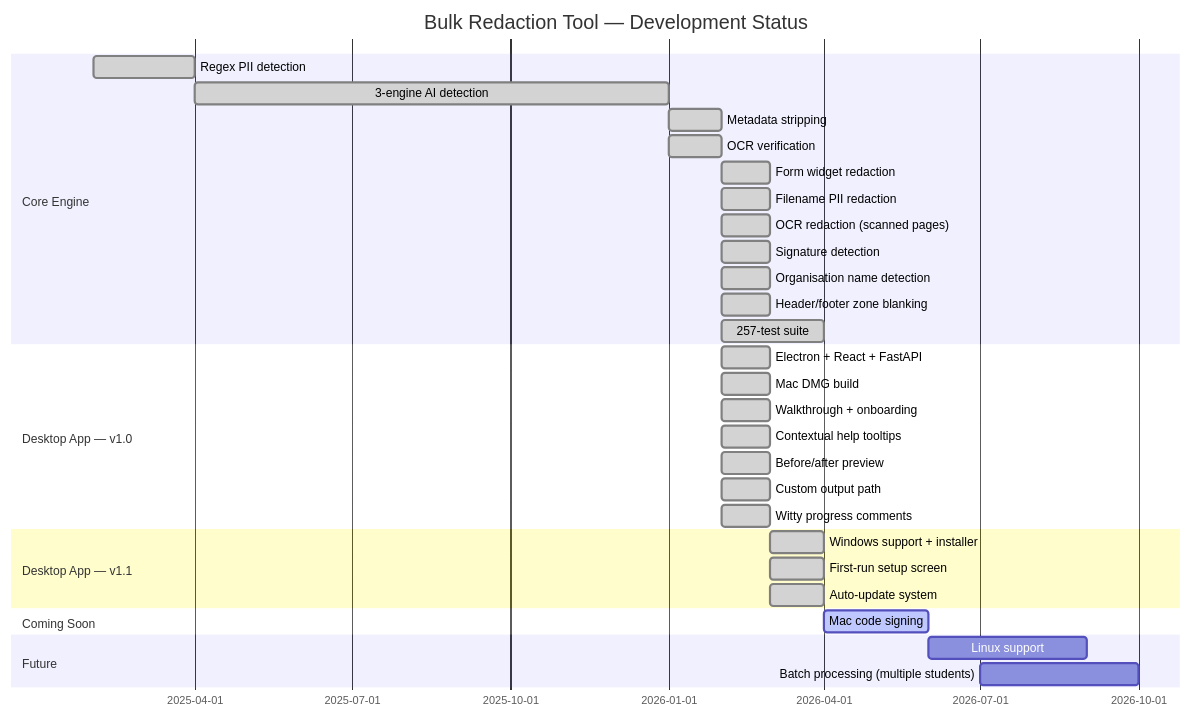
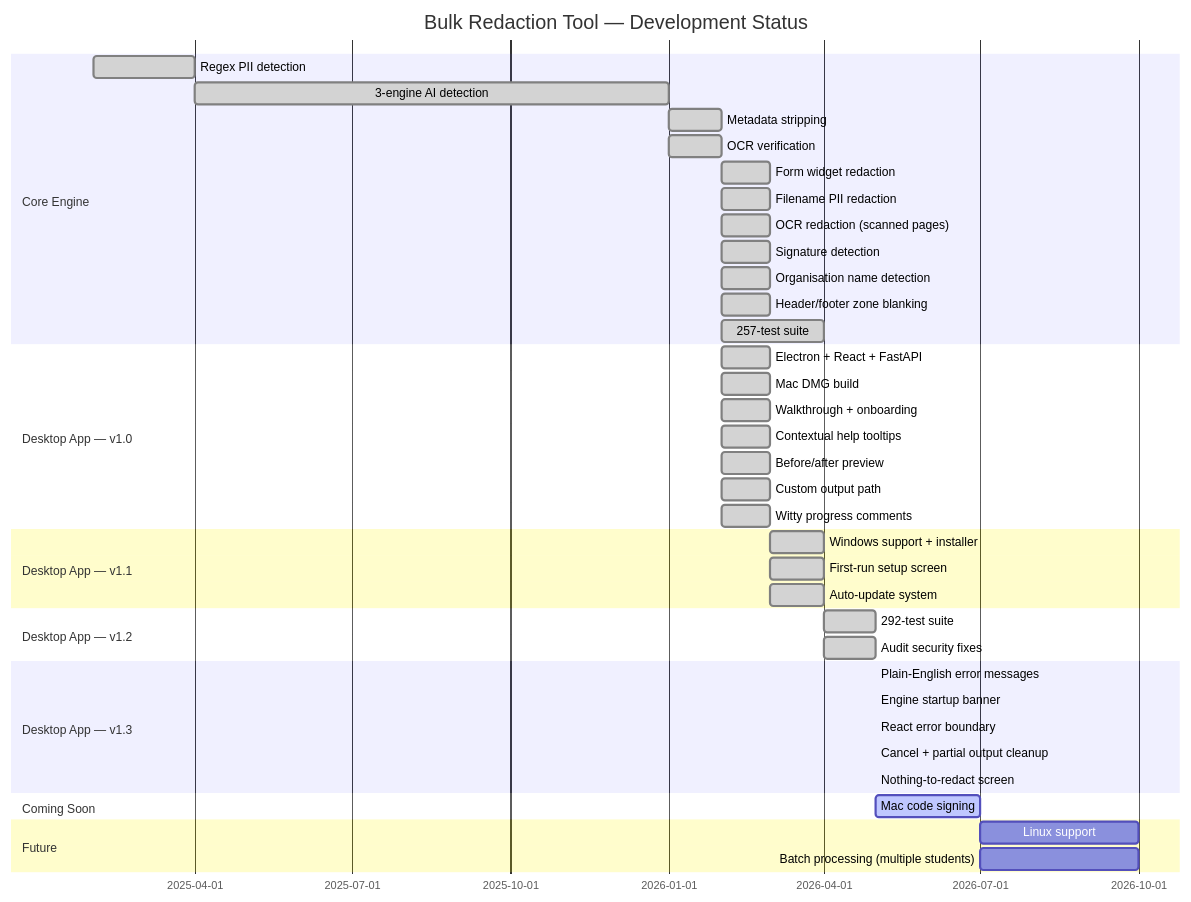
One commit to mrdavearms/student-doc-redactor changed the third of 3 diagrams in README.md. Above: the diagram before and after it, drawn with Mermaid. The commit also changed other lines of this file, not shown here.

Commit message:
docs: update README for v1.3.0 — What's New section + roadmap + features

````diff
--- a/README.md
+++ b/README.md
@@ -630,34 +647,43 @@
 ```mermaid
 gantt
     title Bulk Redaction Tool — Development Status
     dateFormat  YYYY-MM
     section Core Engine
     Regex PII detection           :done, 2025-02, 2025-04
     3-engine AI detection         :done, 2025-04, 2026-01
     Metadata stripping            :done, 2026-01, 2026-02
     OCR verification              :done, 2026-01, 2026-02
     Form widget redaction         :done, 2026-02, 2026-03
     Filename PII redaction        :done, 2026-02, 2026-03
     OCR redaction (scanned pages) :done, 2026-02, 2026-03
     Signature detection           :done, 2026-02, 2026-03
     Organisation name detection   :done, 2026-02, 2026-03
     Header/footer zone blanking   :done, 2026-02, 2026-03
     257-test suite                :done, 2026-02, 2026-04
     section Desktop App — v1.0
     Electron + React + FastAPI    :done, 2026-02, 2026-03
     Mac DMG build                 :done, 2026-02, 2026-03
     Walkthrough + onboarding      :done, 2026-02, 2026-03
     Contextual help tooltips      :done, 2026-02, 2026-03
     Before/after preview          :done, 2026-02, 2026-03
     Custom output path            :done, 2026-02, 2026-03
     Witty progress comments       :done, 2026-02, 2026-03
     section Desktop App — v1.1
     Windows support + installer   :done, 2026-03, 2026-04
     First-run setup screen        :done, 2026-03, 2026-04
     Auto-update system            :done, 2026-03, 2026-04
+    section Desktop App — v1.2
+    292-test suite                :done, 2026-04, 2026-05
+    Audit security fixes          :done, 2026-04, 2026-05
+    section Desktop App — v1.3
+    Plain-English error messages  :done, 2026-05, 2026-05
+    Engine startup banner         :done, 2026-05, 2026-05
+    React error boundary          :done, 2026-05, 2026-05
+    Cancel + partial output cleanup :done, 2026-05, 2026-05
+    Nothing-to-redact screen      :done, 2026-05, 2026-05
     section Coming Soon
-    Mac code signing              :active, 2026-04, 2026-06
+    Mac code signing              :active, 2026-05, 2026-07
     section Future
-    Linux support                 :2026-06, 2026-09
+    Linux support                 :2026-07, 2026-10
     Batch processing (multiple students) :2026-07, 2026-10
 ```
````
